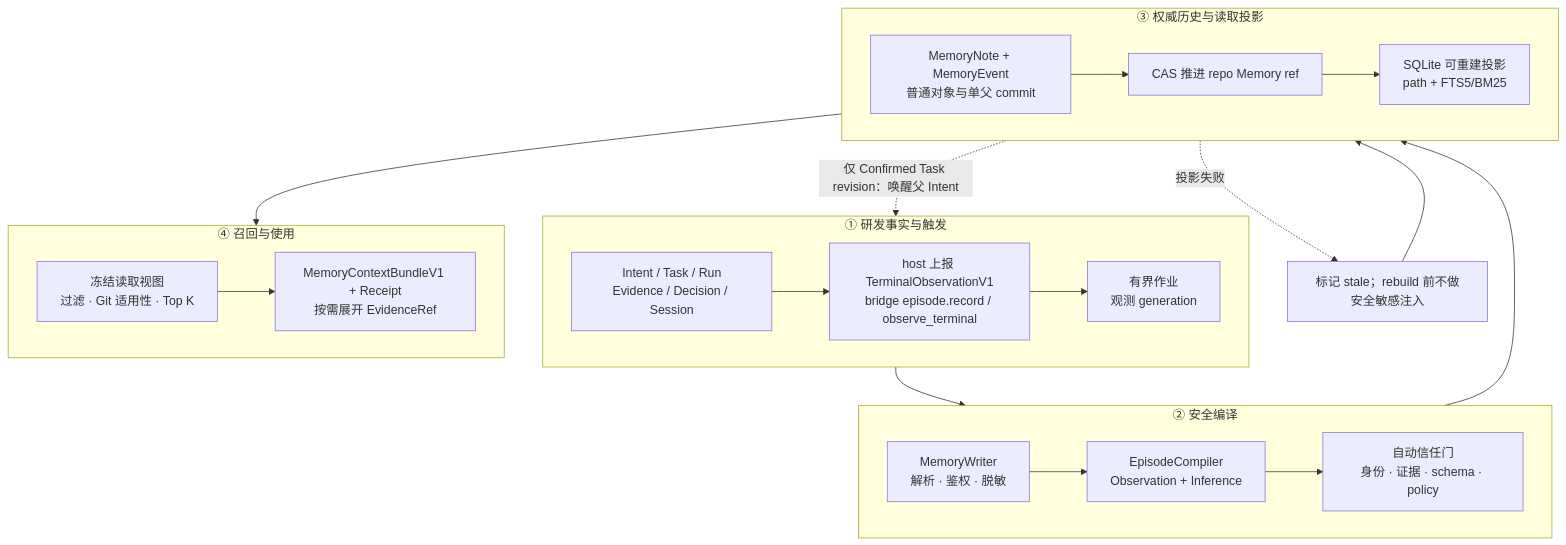
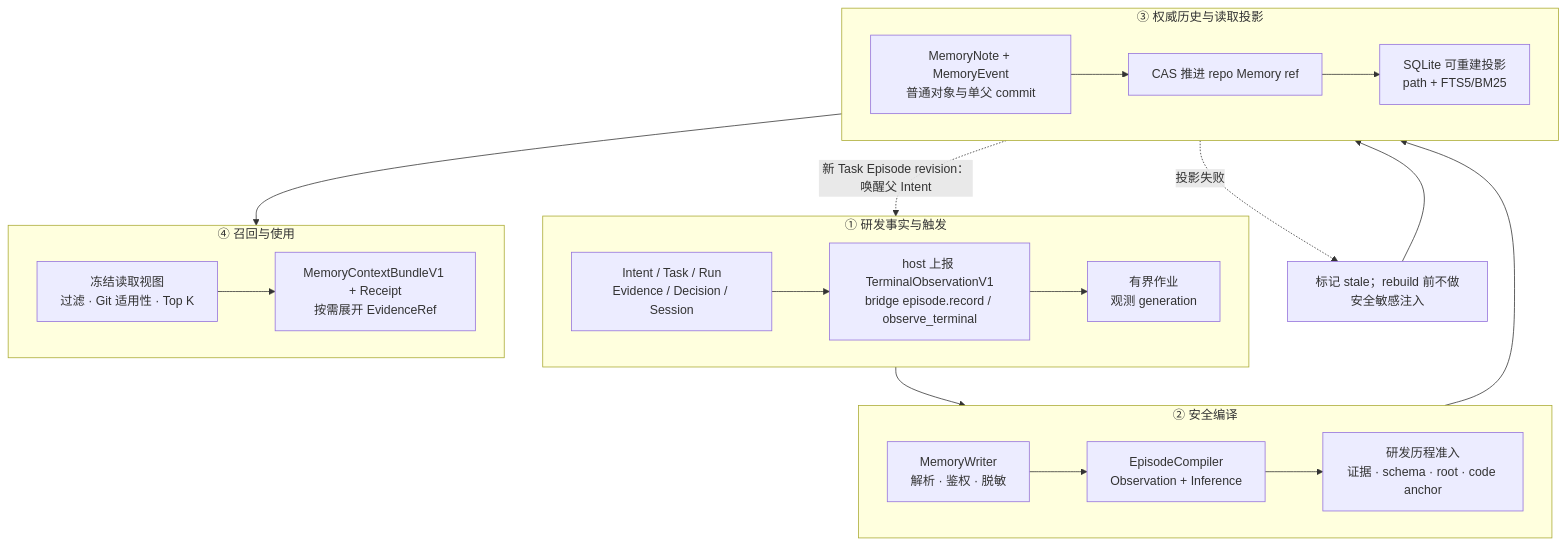
The first of 3 diagrams in docs/development/plan/plan-20260819.md (Anduin9527/libra), drawn with Mermaid before and after one commit. The commit also changed other lines of this file and 153 other files, not shown here.

````diff
--- a/docs/development/plan/plan-20260819.md
+++ b/docs/development/plan/plan-20260819.md
@@ -140,26 +140,26 @@
 ```mermaid
 flowchart TB
     subgraph S1["① 研发事实与触发"]
         direction LR
         A["Intent / Task / Run<br/>Evidence / Decision / Session"] --> B["host 上报 TerminalObservationV1<br/>bridge episode.record / observe_terminal"] --> C["有界作业<br/>观测 generation"]
     end
     subgraph S2["② 安全编译"]
         direction LR
-        D["MemoryWriter<br/>解析 · 鉴权 · 脱敏"] --> E["EpisodeCompiler<br/>Observation + Inference"] --> F["自动信任门<br/>身份 · 证据 · schema · policy"]
+        D["MemoryWriter<br/>解析 · 鉴权 · 脱敏"] --> E["EpisodeCompiler<br/>Observation + Inference"] --> F["研发历程准入<br/>证据 · schema · root · code anchor"]
     end
     subgraph S3["③ 权威历史与读取投影"]
         direction LR
         G["MemoryNote + MemoryEvent<br/>普通对象与单父 commit"] --> H["CAS 推进 repo Memory ref"] --> I["SQLite 可重建投影<br/>path + FTS5/BM25"]
     end
     subgraph S4["④ 召回与使用"]
         direction LR
         J["冻结读取视图<br/>过滤 · Git 适用性 · Top K"] --> K["MemoryContextBundleV1 + Receipt<br/>按需展开 EvidenceRef"]
     end
 
     C --> D
     F --> G
     I --> J
-    H -. "仅 Confirmed Task revision：唤醒父 Intent" .-> C
+    H -. "新 Task Episode revision：唤醒父 Intent" .-> C
     H -. "投影失败" .-> R["标记 stale；rebuild 前不做安全敏感注入"]
     R --> I
 ```
````
